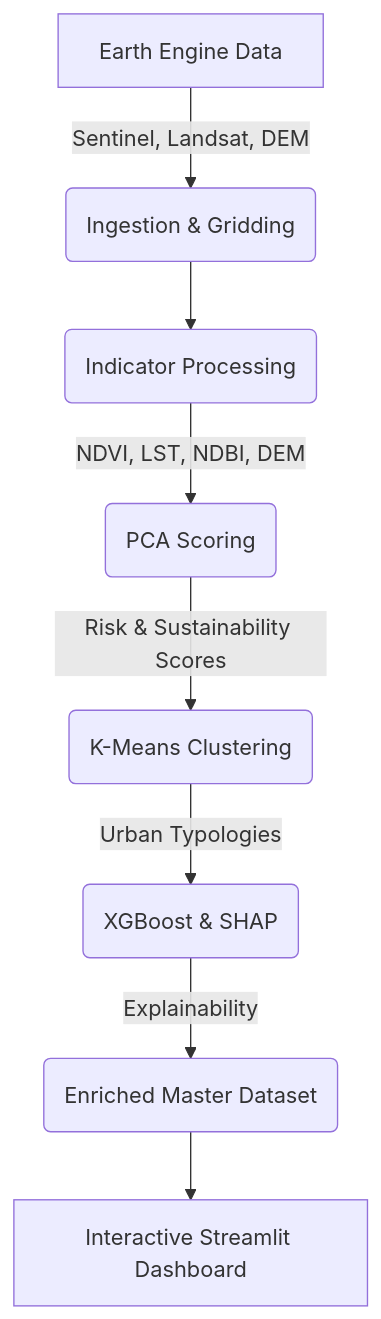
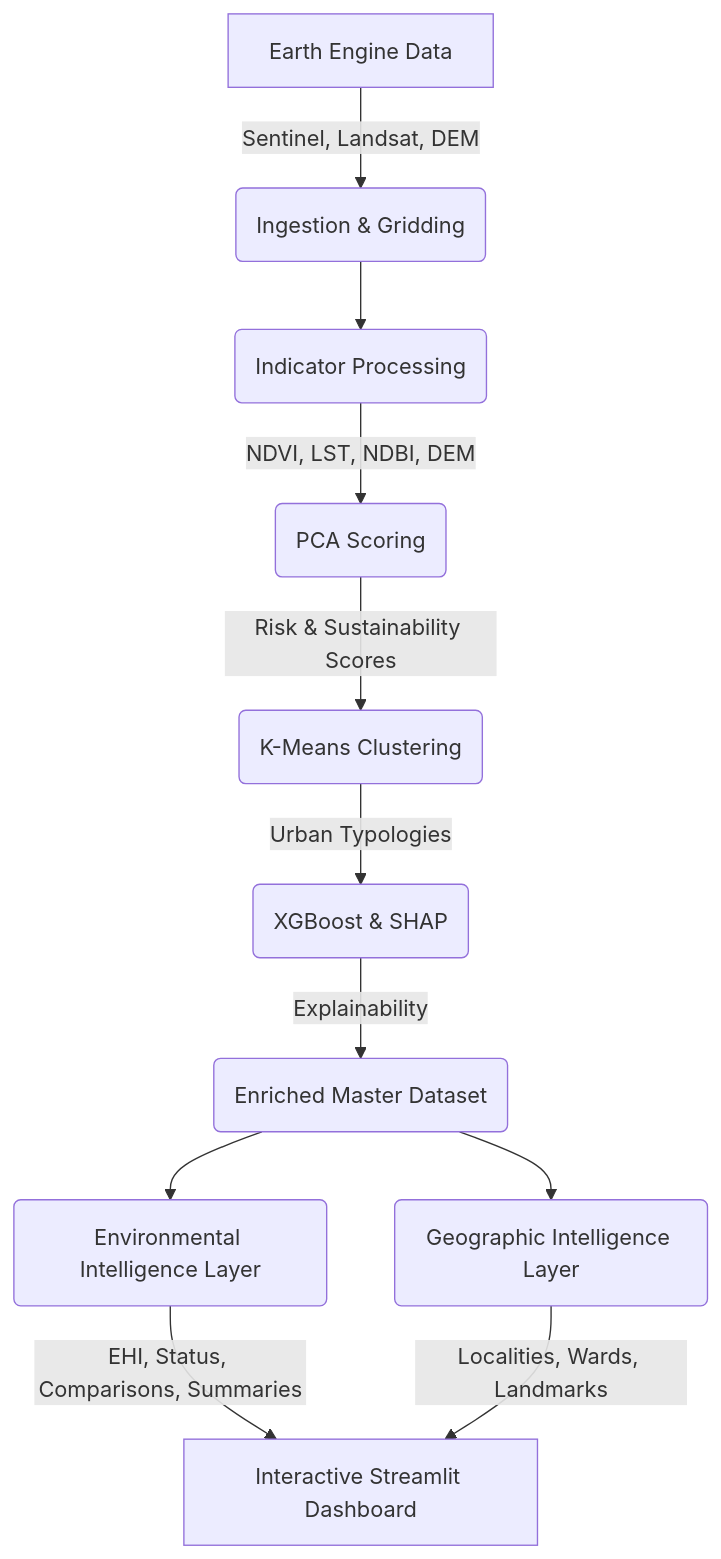
The first of 2 diagrams in README.md (aryan4-eternity/CitySense), drawn with Mermaid before and after one commit. The commit also changed other lines of this file and 11 other files, not shown here.

Commit message:
Environmental Intelligence Layer with EHI scoring, condition detection, comparative analytics, and template-based summaries

````diff
--- a/README.md
+++ b/README.md
@@ -11,10 +11,13 @@
 ```mermaid
 graph TD
     A[Earth Engine Data] -->|Sentinel, Landsat, DEM| B(Ingestion & Gridding)
     B --> C(Indicator Processing)
     C -->|NDVI, LST, NDBI, DEM| D(PCA Scoring)
     D -->|Risk & Sustainability Scores| E(K-Means Clustering)
     E -->|Urban Typologies| F(XGBoost & SHAP)
     F -->|Explainability| G(Enriched Master Dataset)
-    G --> H[Interactive Streamlit Dashboard]
+    G --> P2(Environmental Intelligence Layer)
+    P2 -->|EHI, Status, Comparisons, Summaries| H[Interactive Streamlit Dashboard]
+    G --> GEO(Geographic Intelligence Layer)
+    GEO -->|Localities, Wards, Landmarks| H
 ```
````
